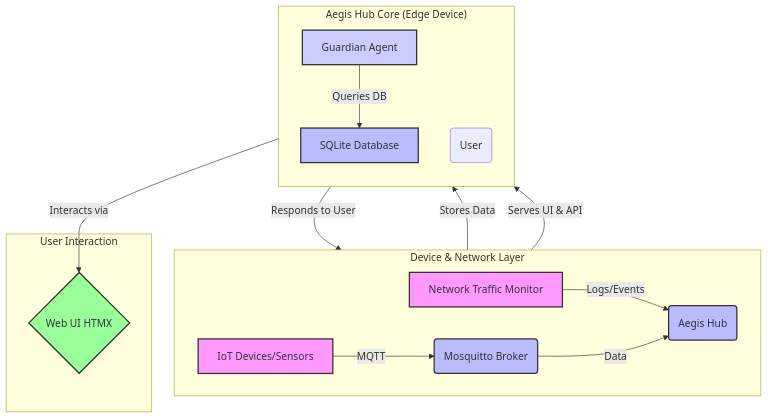
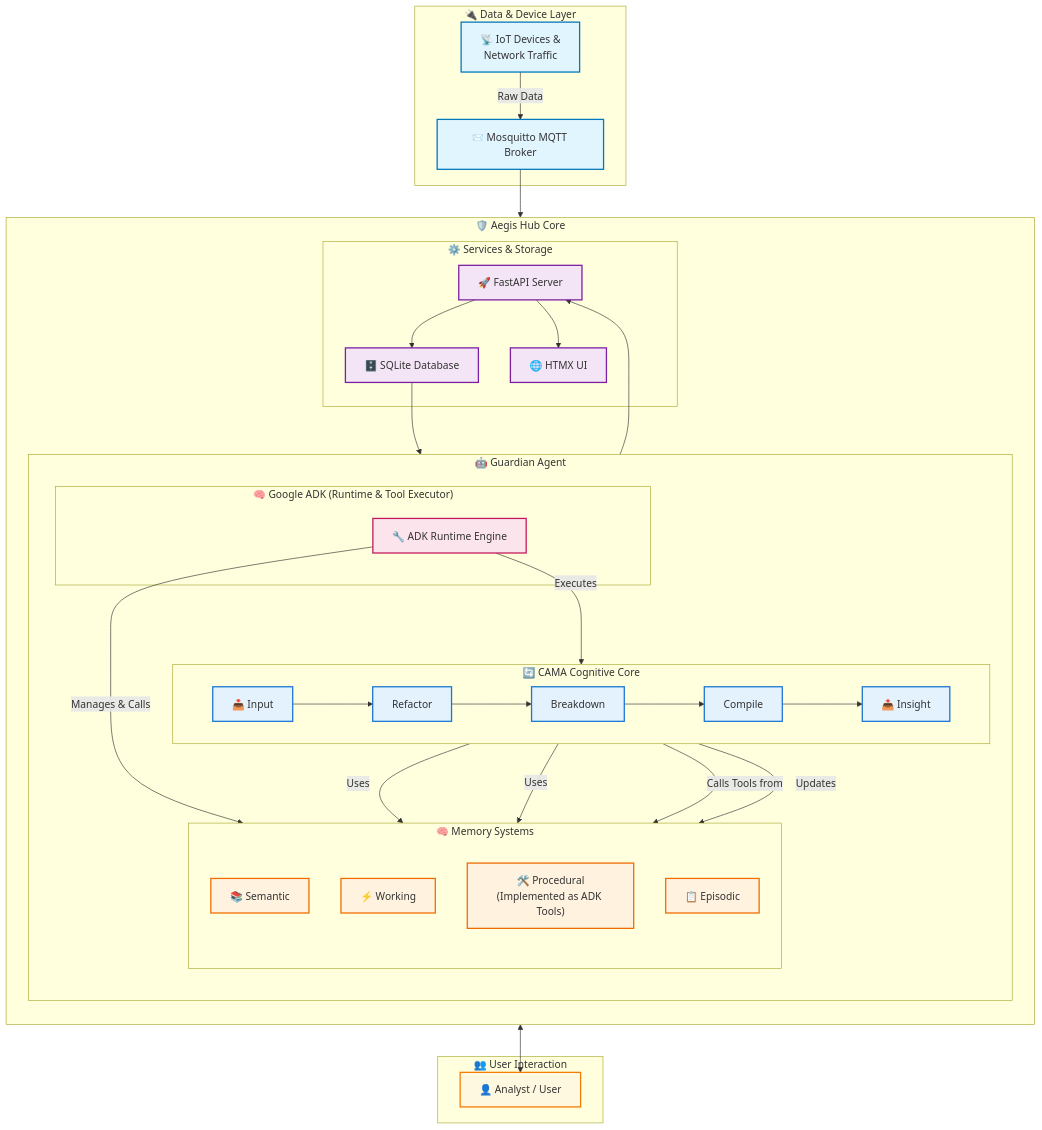
Before and after one commit to rdltechworks/aegis: the diagram in README.md, drawn with Mermaid. The commit also changed other lines of this file, not shown here.

````diff
--- a/README.md
+++ b/README.md
@@ -32,29 +34,70 @@
 ```mermaid
 graph TD
-    subgraph "Device & Network Layer"
-        direction LR
-        A[IoT Devices/Sensors] -- MQTT --> B(Mosquitto Broker)
-        C[Network Traffic Monitor] -- Logs/Events --> D(Aegis Hub)
+    subgraph DataLayer ["🔌 Data & Device Layer"]
+        IoT["📡 IoT Devices &<br/>Network Traffic"] -- "Raw Data" --> Mosquitto["📨 Mosquitto MQTT Broker"]
+    end
+    
+    subgraph AegisCore ["🛡️ Aegis Hub Core"]
+        direction TB
+        
+        subgraph GuardianAgent ["🤖 Guardian Agent"]
+            direction TB
+
+            subgraph GoogleADK ["🧠 Google ADK (Runtime & Tool Executor)"]
+                ADKRuntime["🔧 ADK Runtime Engine"]
+            end
+
+            subgraph CAMA ["🔄 CAMA Cognitive Core"]
+                direction LR
+                Input["📥 Input"] --> Refactor["Refactor"]
+                Refactor --> Breakdown["Breakdown"]
+                Breakdown --> Compile["Compile"]
+                Compile --> Output["📤 Insight"]
+            end
+            
+            subgraph MemorySystems ["🧠 Memory Systems"]
+                direction TB
+                SM["📚 Semantic"]
+                WM["⚡ Working"]
+                PM["🛠️ Procedural<br/>(Implemented as ADK Tools)"]
+                EM["📋 Episodic"]
+            end
+
+            ADKRuntime -- "Executes" --> CAMA
+            ADKRuntime -- "Manages & Calls" --> PM
+            
+            Refactor -- "Uses" --> SM
+            Breakdown -- "Uses" --> WM
+            Breakdown -- "Calls Tools from" --> PM
+            Compile -- "Updates" --> EM
+        end
+
+        subgraph Services ["⚙️ Services & Storage"]
+            FastAPI["🚀 FastAPI Server"]
+            SQLite["🗄️ SQLite Database"]
+            HTMX["🌐 HTMX UI"]
+        end
+
+        Mosquitto --> FastAPI --> SQLite --> Input
+        Output --> FastAPI --> HTMX
+    end
+    
+    subgraph UserLayer ["👥 User Interaction"]
+        User["👤 Analyst / User"]
+        HTMX <--> User
     end
 
-    subgraph "Aegis Hub Core (Edge Device)"
-        direction TB
-        B -- Data --> D
-        D -- Stores Data --> E[SQLite Database]
-        D -- Serves UI & API --> F(User)
-        G[Guardian Agent] -- Queries DB --> E
-        G -- Responds to User --> D
-    end
+    classDef dataLayer fill:#e1f5fe,stroke:#0277bd,stroke-width:2px
+    classDef adkLayer fill:#fce4ec,stroke:#c2185b,stroke-width:2px
+    classDef camaLayer fill:#e3f2fd,stroke:#1976d2,stroke-width:2px
+    classDef memorySystem fill:#fff3e0,stroke:#ef6c00,stroke-width:2px
+    classDef serviceLayer fill:#f3e5f5,stroke:#7b1fa2,stroke-width:2px
+    classDef userLayer fill:#fff8e1,stroke:#f57c00,stroke-width:2px
 
-    subgraph "User Interaction"
-        F -- Interacts via --> H{Web UI HTMX}
-    end
-
-    style A fill:#f9f,stroke:#333,stroke-width:2px
-    style C fill:#f9f,stroke:#333,stroke-width:2px
-    style B fill:#bbf,stroke:#333,stroke-width:2px
-    style D fill:#bbf,stroke:#333,stroke-width:2px
-    style E fill:#bbf,stroke:#333,stroke-width:2px
-    style G fill:#ccf,stroke:#333,stroke-width:2px
-    style H fill:#9f9,stroke:#333,stroke-width:2px
+    class IoT,Mosquitto dataLayer
+    class ADKRuntime adkLayer
+    class Input,Refactor,Breakdown,Compile,Output camaLayer
+    class SM,WM,PM,EM memorySystem
+    class FastAPI,SQLite,HTMX serviceLayer
+    class User userLayer
 ```
````
